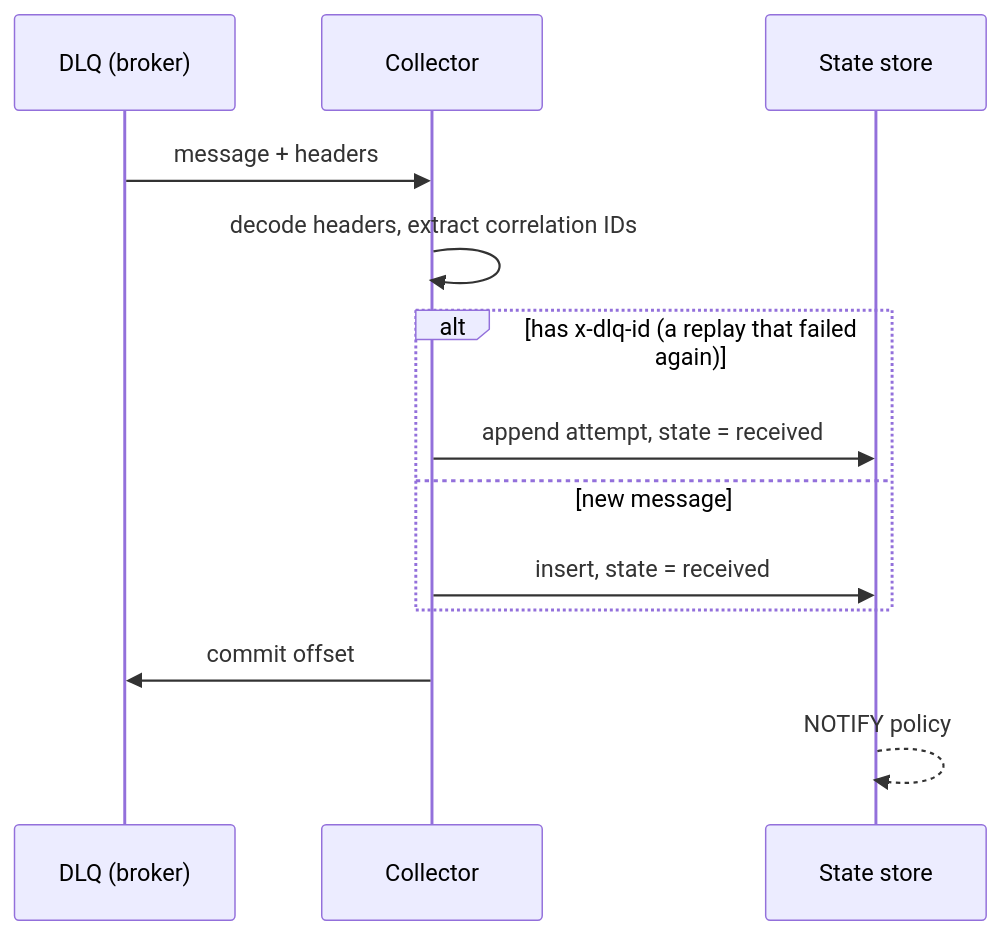
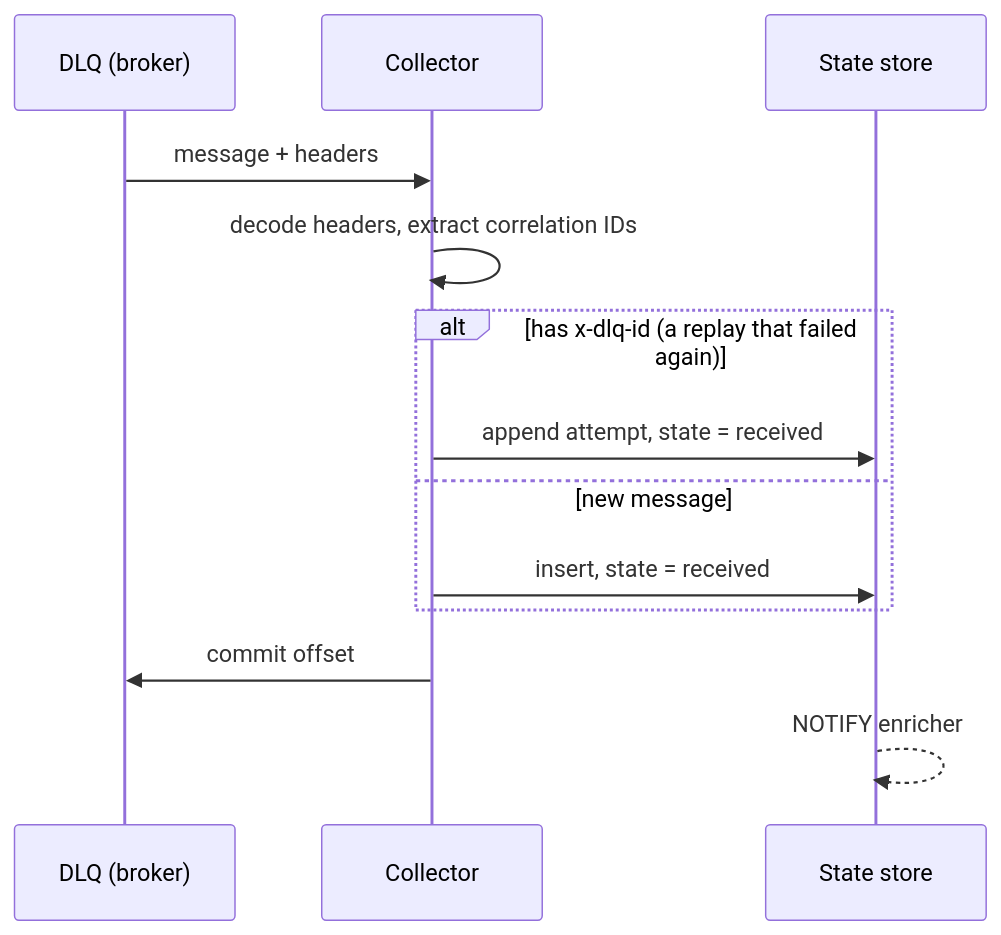
The first of 10 diagrams in docs/flows.md (opendlq/OpenDLQ), drawn with Mermaid before and after one commit. The commit also changed other lines of this file and 2 other files, not shown here.

First line of the commit message:
docs: add enriched state and enricher-first flow

````diff
--- a/docs/flows.md
+++ b/docs/flows.md
@@ -19,15 +20,15 @@
 ```mermaid
 sequenceDiagram
     participant DLQ as DLQ (broker)
     participant C as Collector
     participant S as State store
     DLQ->>C: message + headers
     C->>C: decode headers, extract correlation IDs
     alt has x-dlq-id (a replay that failed again)
         C->>S: append attempt, state = received
     else new message
         C->>S: insert, state = received
     end
     C->>DLQ: commit offset
-    S-->>S: NOTIFY policy
+    S-->>S: NOTIFY enricher
 ```
````
